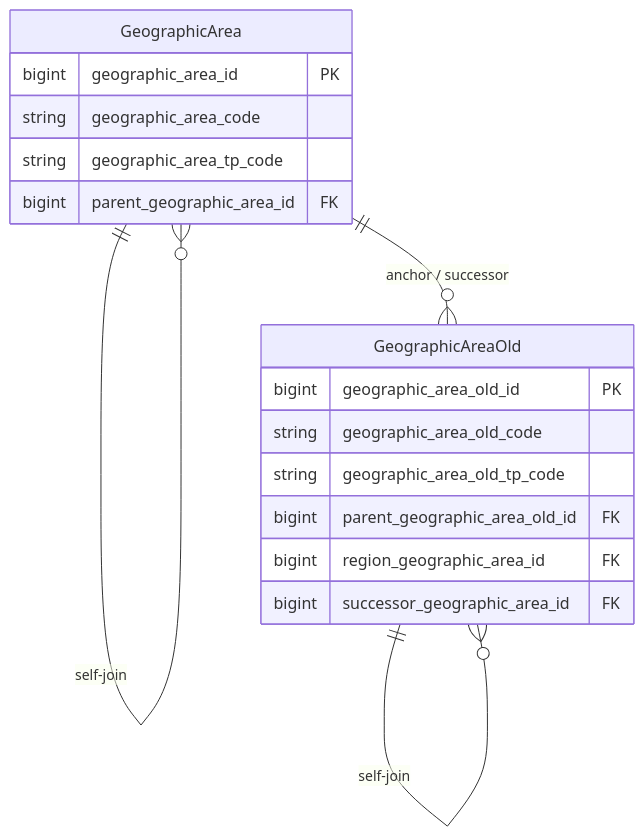
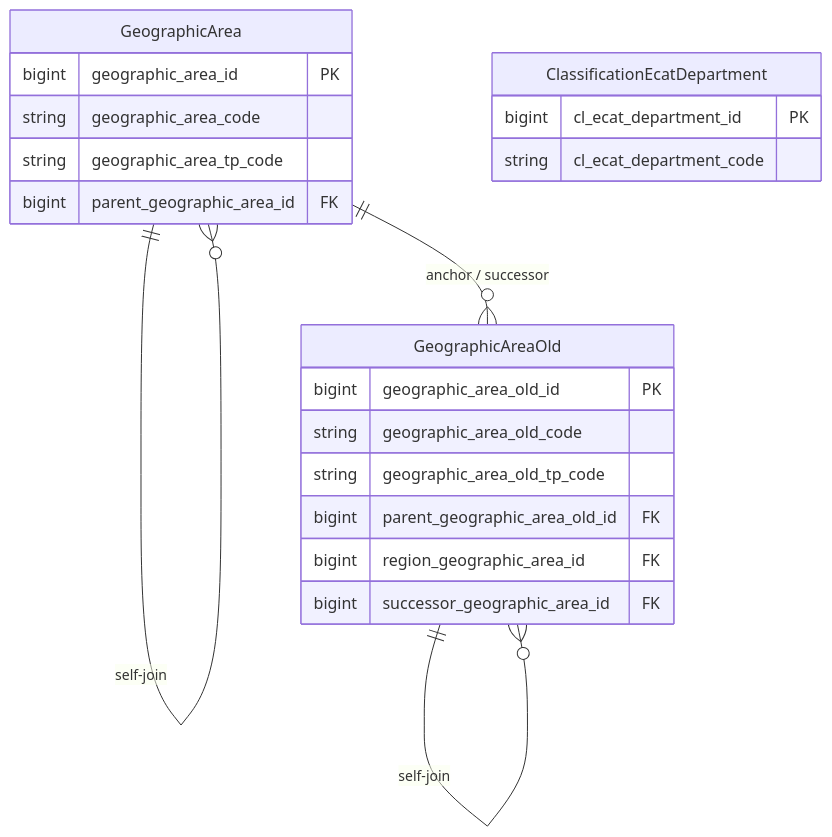
Before and after one commit to linhlvit/ubck_atomic_design: the second of 2 diagrams in DataModel/working/Atomic/hld/ECAT_HLD_Overview.md, drawn with Mermaid. The commit also changed other lines of this file and 27 other files, not shown here.

````diff
--- a/DataModel/working/Atomic/hld/ECAT_HLD_Overview.md
+++ b/DataModel/working/Atomic/hld/ECAT_HLD_Overview.md
@@ -60,21 +63,25 @@
 ```mermaid
 erDiagram
     GeographicArea {
         bigint geographic_area_id PK
         string geographic_area_code
         string geographic_area_tp_code
         bigint parent_geographic_area_id FK
     }
     GeographicAreaOld {
         bigint geographic_area_old_id PK
         string geographic_area_old_code
         string geographic_area_old_tp_code
         bigint parent_geographic_area_old_id FK
         bigint region_geographic_area_id FK
         bigint successor_geographic_area_id FK
     }
+    ClassificationEcatDepartment {
+        bigint cl_ecat_department_id PK
+        string cl_ecat_department_code
+    }
 
     GeographicArea ||--o{ GeographicArea : "self-join"
     GeographicAreaOld ||--o{ GeographicAreaOld : "self-join"
     GeographicArea ||--o{ GeographicAreaOld : "anchor / successor"
 ```
````
